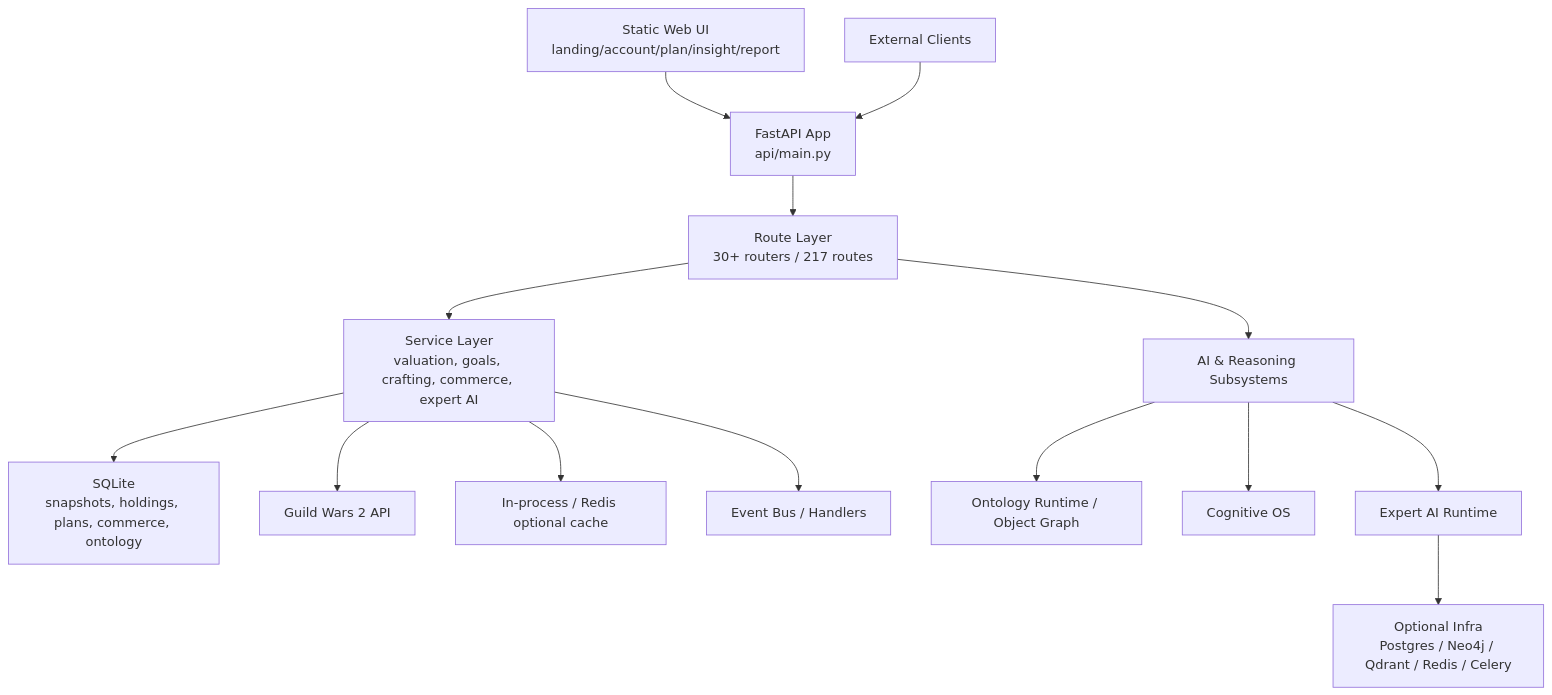
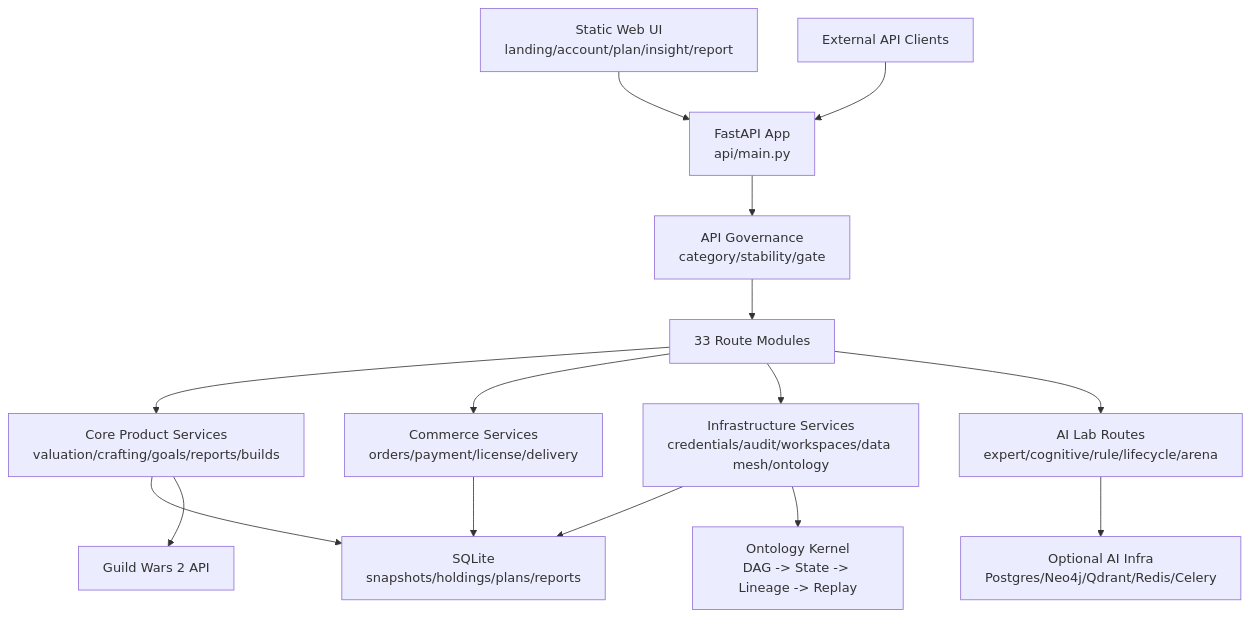
Before and after one commit to NeilXinpengLi/gw2-progression: the first of 3 diagrams in docs/architecture-code-graph-analysis.md, drawn with Mermaid. The commit also changed other lines of this file and 2 other files, not shown here.

Commit message:
Update code graph maturity analysis

````diff
--- a/docs/architecture-code-graph-analysis.md
+++ b/docs/architecture-code-graph-analysis.md
@@ -80,16 +56,17 @@
 ```mermaid
 flowchart TD
     UI["Static Web UI\nlanding/account/plan/insight/report"] --> API["FastAPI App\napi/main.py"]
-    Client["External Clients"] --> API
-    API --> Routes["Route Layer\n30+ routers / 217 routes"]
-    Routes --> Services["Service Layer\nvaluation, goals, crafting, commerce, expert AI"]
-    Services --> DB["SQLite\nsnapshots, holdings, plans, commerce, ontology"]
-    Services --> GW2["Guild Wars 2 API"]
-    Services --> Cache["In-process / Redis optional cache"]
-    Routes --> AI["AI & Reasoning Subsystems"]
-    AI --> Ontology["Ontology Runtime / Object Graph"]
-    AI --> Cognitive["Cognitive OS"]
-    AI --> Expert["Expert AI Runtime"]
-    Expert --> Infra["Optional Infra\nPostgres / Neo4j / Qdrant / Redis / Celery"]
-    Services --> EventBus["Event Bus / Handlers"]
+    Client["External API Clients"] --> API
+    API --> Governance["API Governance\ncategory/stability/gate"]
+    Governance --> Routes["33 Route Modules"]
+    Routes --> Core["Core Product Services\nvaluation/crafting/goals/reports/builds"]
+    Routes --> Commerce["Commerce Services\norders/payment/license/delivery"]
+    Routes --> Infra["Infrastructure Services\ncredentials/audit/workspaces/data mesh/ontology"]
+    Routes --> Lab["AI Lab Routes\nexpert/cognitive/rule/lifecycle/arena"]
+    Core --> DB["SQLite\nsnapshots/holdings/plans/reports"]
+    Commerce --> DB
+    Infra --> DB
+    Infra --> Ontology["Ontology Kernel\nDAG -> State -> Lineage -> Replay"]
+    Lab --> Optional["Optional AI Infra\nPostgres/Neo4j/Qdrant/Redis/Celery"]
+    Core --> GW2["Guild Wars 2 API"]
 ```
````
